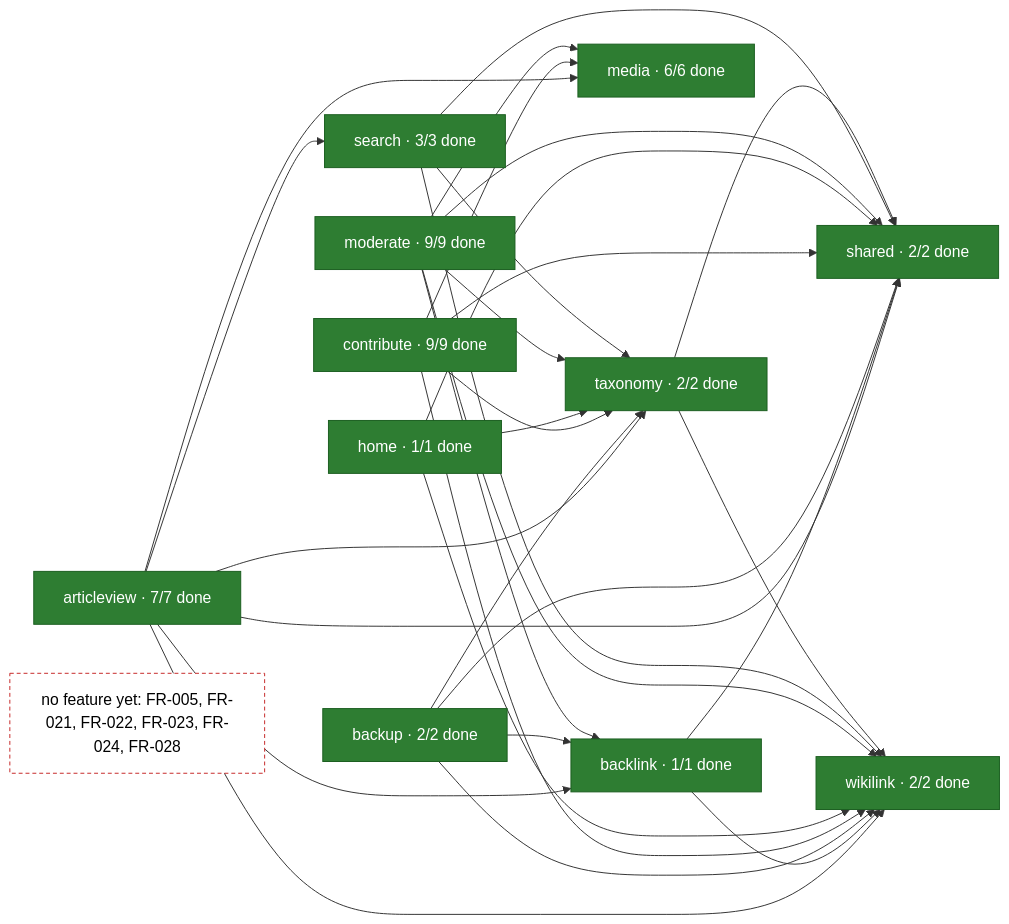
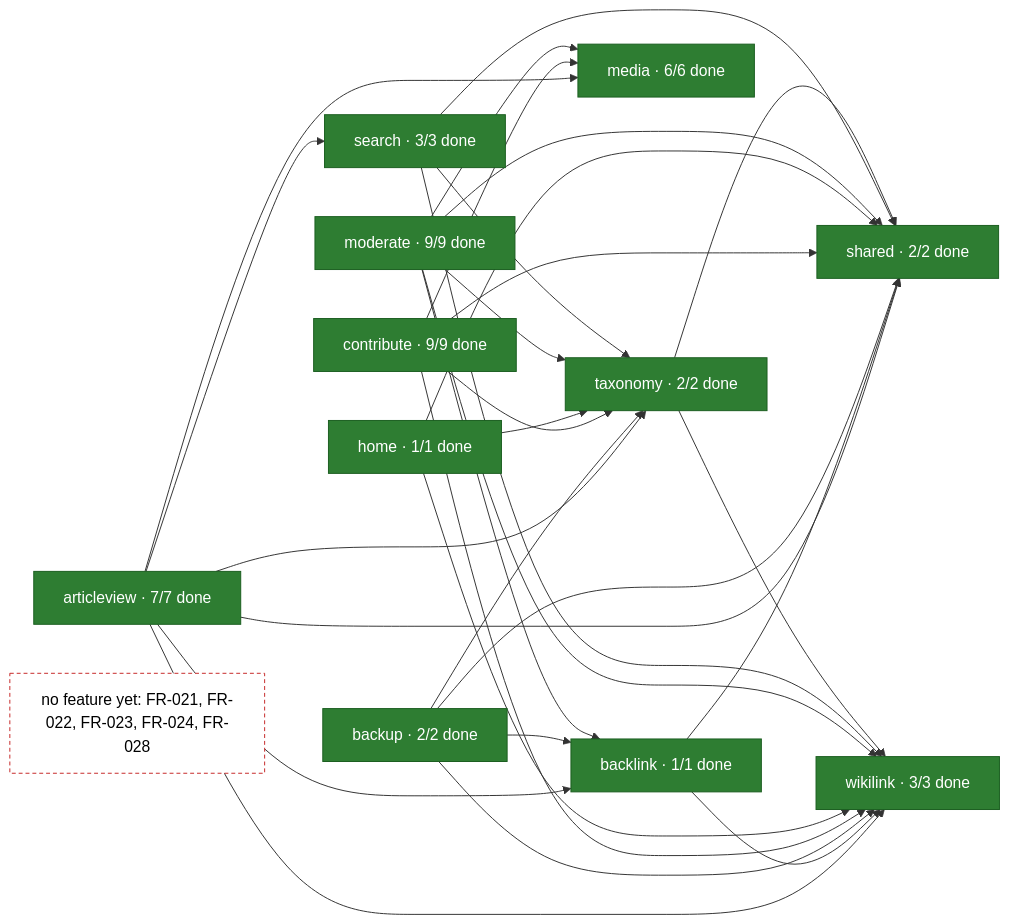
Before and after one commit to rikire/Exchange-Student-Guide-Platform: the second of 2 diagrams in docs/gap-list.md, drawn with Mermaid. The commit also changed other lines of this file and 3 other files, not shown here.

````diff
--- a/docs/gap-list.md
+++ b/docs/gap-list.md
@@ -24,48 +24,48 @@
 ```mermaid
 flowchart LR
     articleview["articleview · 7/7 done"]:::done
     backlink["backlink · 1/1 done"]:::done
     backup["backup · 2/2 done"]:::done
     contribute["contribute · 9/9 done"]:::done
     home["home · 1/1 done"]:::done
     media["media · 6/6 done"]:::done
     moderate["moderate · 9/9 done"]:::done
     search["search · 3/3 done"]:::done
     shared["shared · 2/2 done"]:::done
     taxonomy["taxonomy · 2/2 done"]:::done
-    wikilink["wikilink · 2/2 done"]:::done
-    unmapped["no feature yet: FR-005, FR-021, FR-022, FR-023, FR-024, FR-028"]:::unmapped
+    wikilink["wikilink · 3/3 done"]:::done
+    unmapped["no feature yet: FR-021, FR-022, FR-023, FR-024, FR-028"]:::unmapped
     articleview --> backlink
     articleview --> media
     articleview --> search
     articleview --> shared
     articleview --> taxonomy
     articleview --> wikilink
     backlink --> shared
     backlink --> wikilink
     backup --> backlink
     backup --> shared
     backup --> taxonomy
     backup --> wikilink
     contribute --> media
     contribute --> shared
     contribute --> taxonomy
     contribute --> wikilink
     home --> shared
     home --> taxonomy
     home --> wikilink
     moderate --> backlink
     moderate --> media
     moderate --> shared
     moderate --> taxonomy
     moderate --> wikilink
     search --> shared
     search --> taxonomy
     search --> wikilink
     taxonomy --> shared
     taxonomy --> wikilink
     classDef done fill:#2e7d32,stroke:#1b5e20,color:#ffffff
     classDef partial fill:#f9a825,stroke:#f57f17,color:#000000
     classDef none fill:#e0e0e0,stroke:#9e9e9e,color:#000000
     classDef unmapped fill:#ffffff,stroke:#c62828,stroke-dasharray:4 3,color:#000000
 ```
````
